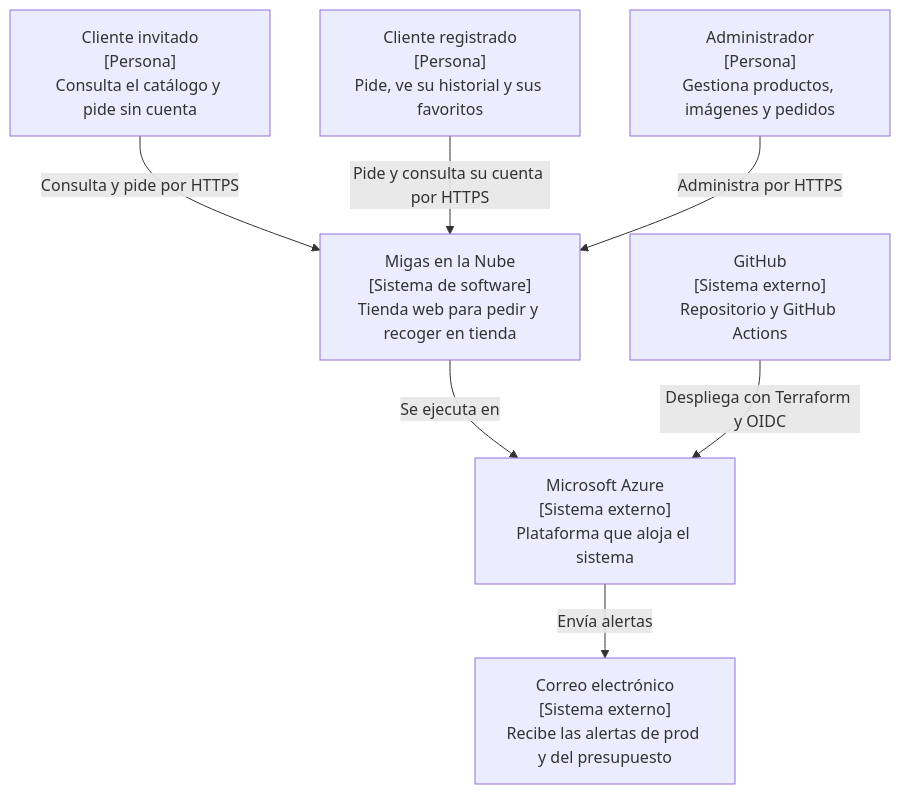
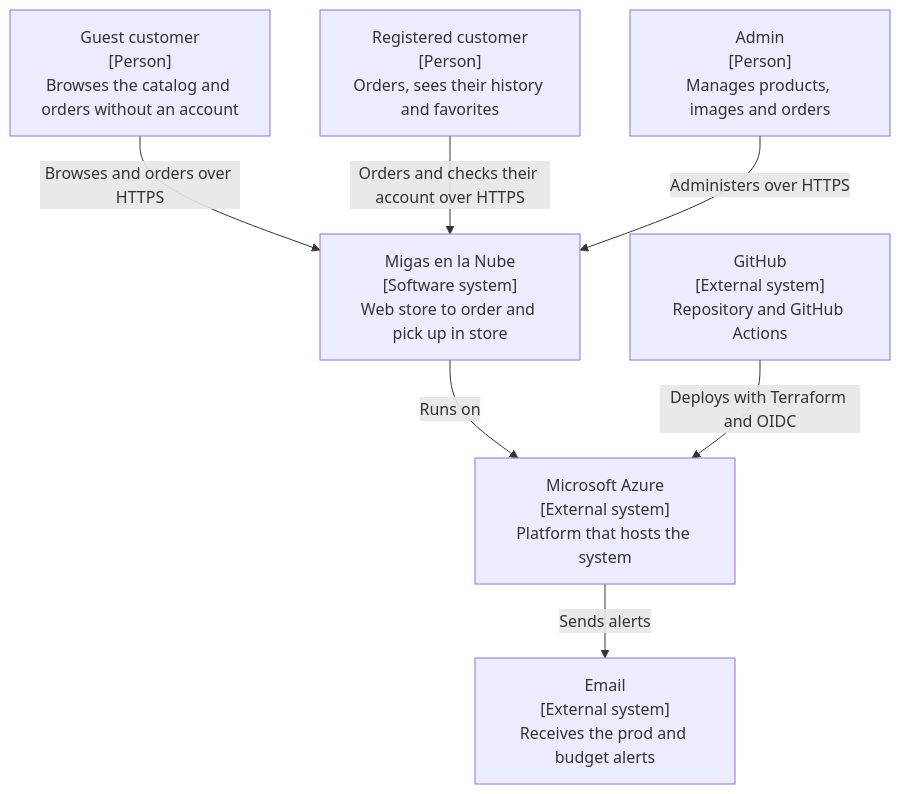
One commit to Andr3xDev/migas-en-la-nube changed the diagram in docs/diagramas/contexto.md. Above: the diagram before and after it, drawn with Mermaid. The commit also changed other lines of this file and 11 other files, not shown here.

Commit message:
docs: translate diagrams to English

````diff
--- a/docs/diagramas/contexto.md
+++ b/docs/diagramas/contexto.md
@@ -5,19 +5,19 @@
 ```mermaid
 flowchart TB
-    guest["Cliente invitado<br/>[Persona]<br/>Consulta el catálogo y pide sin cuenta"]
-    customer["Cliente registrado<br/>[Persona]<br/>Pide, ve su historial y sus favoritos"]
-    admin["Administrador<br/>[Persona]<br/>Gestiona productos, imágenes y pedidos"]
+    guest["Guest customer<br/>[Person]<br/>Browses the catalog and orders without an account"]
+    customer["Registered customer<br/>[Person]<br/>Orders, sees their history and favorites"]
+    admin["Admin<br/>[Person]<br/>Manages products, images and orders"]
 
-    system["Migas en la Nube<br/>[Sistema de software]<br/>Tienda web para pedir y recoger en tienda"]
+    system["Migas en la Nube<br/>[Software system]<br/>Web store to order and pick up in store"]
 
-    azure["Microsoft Azure<br/>[Sistema externo]<br/>Plataforma que aloja el sistema"]
-    github["GitHub<br/>[Sistema externo]<br/>Repositorio y GitHub Actions"]
-    mail["Correo electrónico<br/>[Sistema externo]<br/>Recibe las alertas de prod y del presupuesto"]
+    azure["Microsoft Azure<br/>[External system]<br/>Platform that hosts the system"]
+    github["GitHub<br/>[External system]<br/>Repository and GitHub Actions"]
+    mail["Email<br/>[External system]<br/>Receives the prod and budget alerts"]
 
-    guest -->|"Consulta y pide por HTTPS"| system
-    customer -->|"Pide y consulta su cuenta por HTTPS"| system
-    admin -->|"Administra por HTTPS"| system
-    system -->|"Se ejecuta en"| azure
-    github -->|"Despliega con Terraform y OIDC"| azure
-    azure -->|"Envía alertas"| mail
+    guest -->|"Browses and orders over HTTPS"| system
+    customer -->|"Orders and checks their account over HTTPS"| system
+    admin -->|"Administers over HTTPS"| system
+    system -->|"Runs on"| azure
+    github -->|"Deploys with Terraform and OIDC"| azure
+    azure -->|"Sends alerts"| mail
 ```
````
